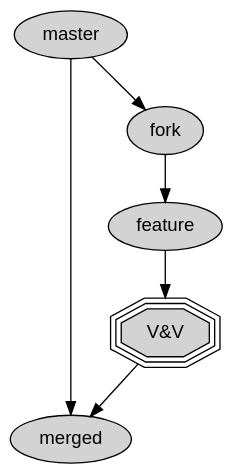
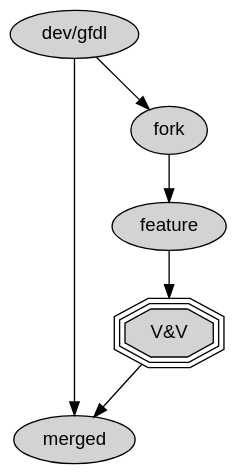
One commit to marshallward/mom6vv changed the diagram in dot/mom_submit.dot. Above: the diagram before and after it, drawn with Graphviz. The commit also changed 8 other files, not shown here.

Commit message:
Added info for V&V flow, and a rotate stencil

```diff
--- a/dot/mom_submit.dot
+++ b/dot/mom_submit.dot
@@ -1,25 +1,27 @@
 digraph mom_pr {
     node [
         style = filled,
         fontname = helvetica
     ]
 
     concentrate = true
     bgcolor = transparent
     rankdir = TB
 
     subgraph main {
+        master [label="dev/gfdl"]
         master -> merged
     }
 
     subgraph branch {
         v_and_v [
             label = "V&V",
             shape = tripleoctagon,
+            pencolor = red,
         ]
         master -> fork [weight=0]
         fork -> feature
         feature -> v_and_v
         v_and_v -> merged [weight=0]
     }
 }
```
